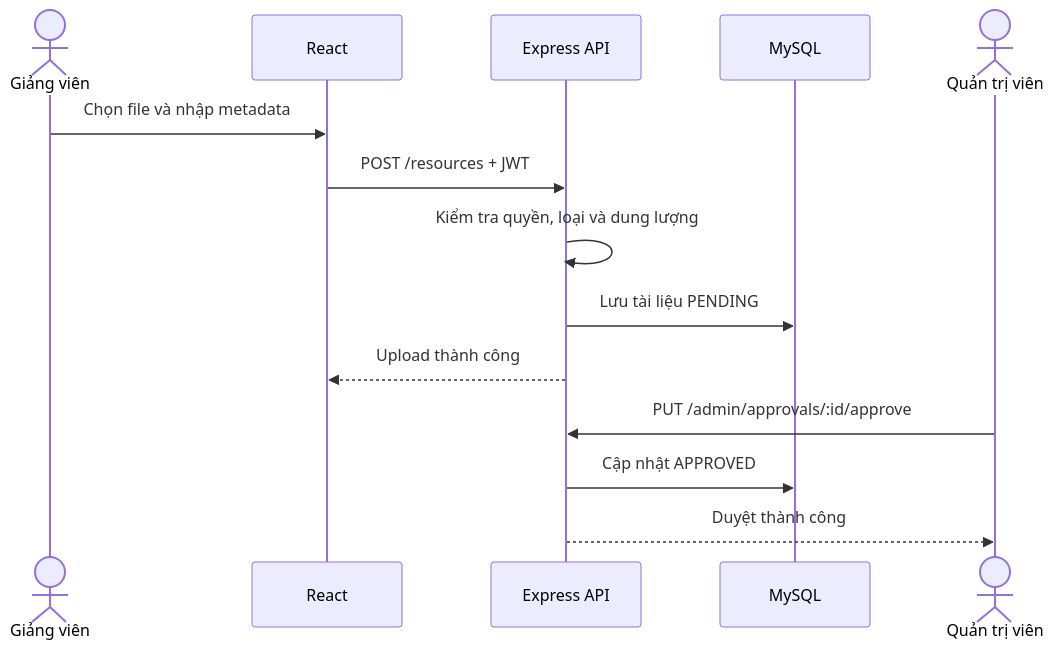
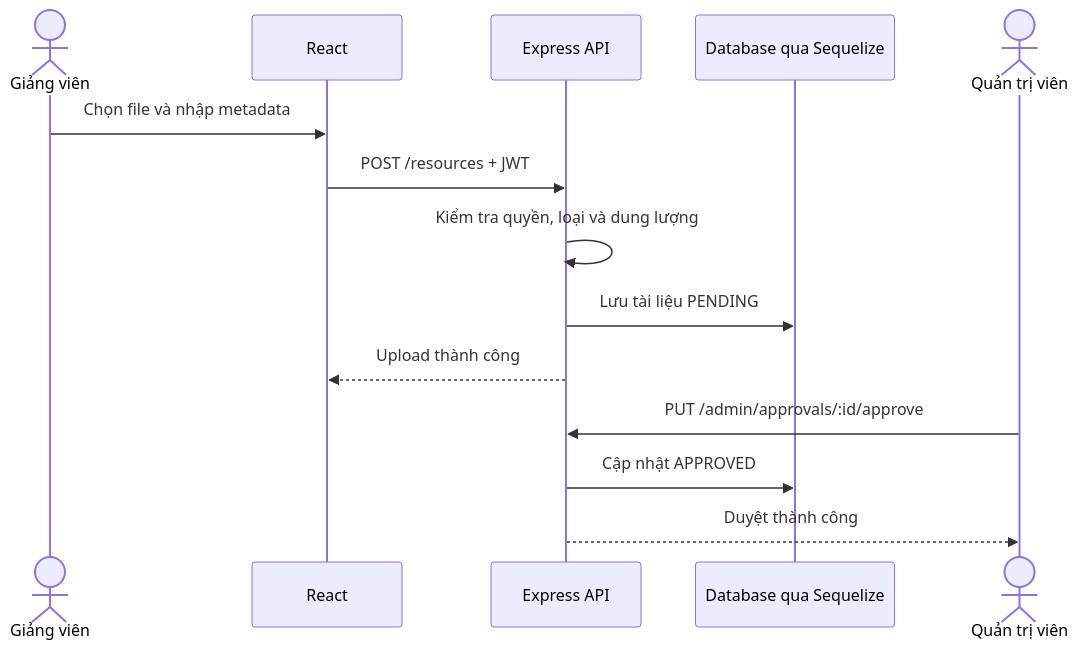
The third of 3 diagrams in docs/diagrams/system-design.md (giakhiem1803/CNPM-3), drawn with Mermaid before and after one commit. The commit also changed other lines of this file and 13 other files, not shown here.

````diff
--- a/docs/diagrams/system-design.md
+++ b/docs/diagrams/system-design.md
@@ -101,16 +102,16 @@
 ```mermaid
 sequenceDiagram
   actor L as Giảng viên
   participant W as React
   participant A as Express API
-  participant D as MySQL
+  participant D as Database qua Sequelize
   actor X as Quản trị viên
   L->>W: Chọn file và nhập metadata
   W->>A: POST /resources + JWT
   A->>A: Kiểm tra quyền, loại và dung lượng
   A->>D: Lưu tài liệu PENDING
   A-->>W: Upload thành công
   X->>A: PUT /admin/approvals/:id/approve
   A->>D: Cập nhật APPROVED
   A-->>X: Duyệt thành công
 ```
````
